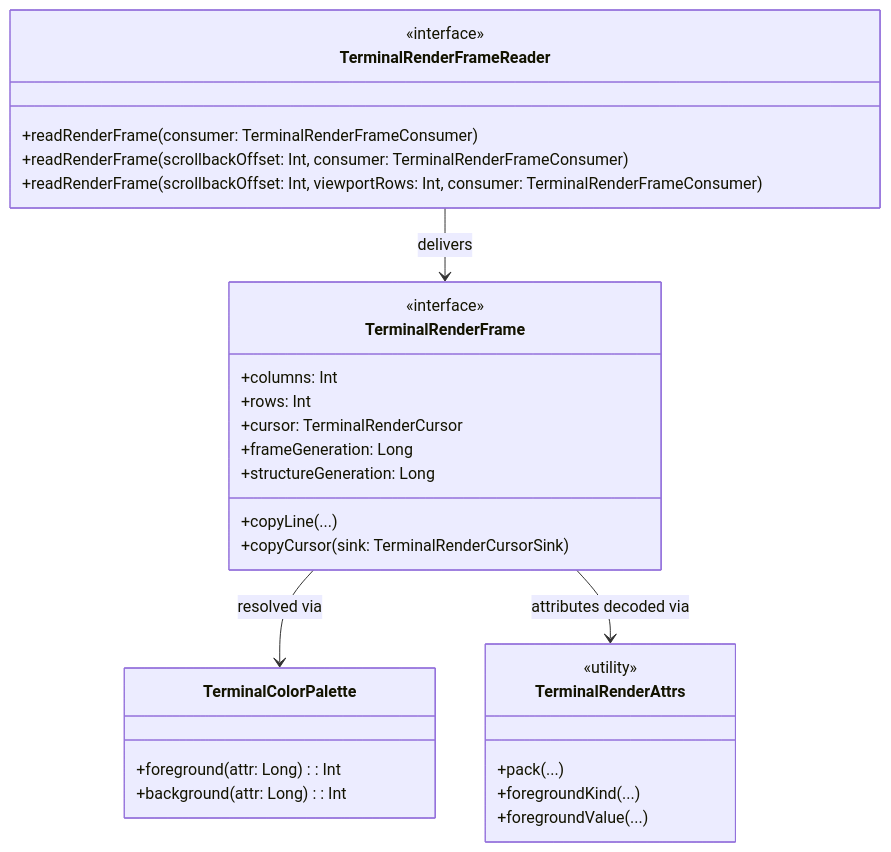
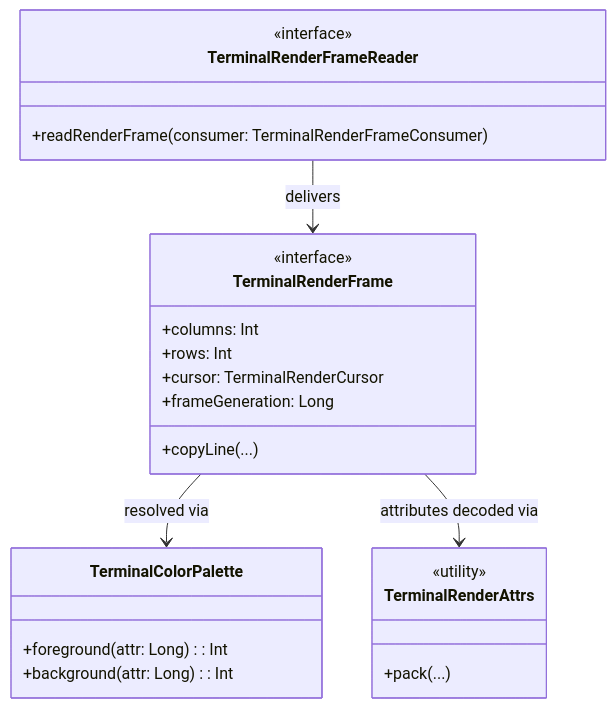
One commit to ketraterm/KetraTerm changed the diagram in jvterm-render-api/README.md. Above: the diagram before and after it, drawn with Mermaid. The commit also changed other lines of this file and 29 other files, not shown here.

````diff
--- a/jvterm-render-api/README.md
+++ b/jvterm-render-api/README.md
@@ -16,34 +16,28 @@
 ```mermaid
 classDiagram
     direction TB
     class TerminalRenderFrameReader {
         <<interface>>
         +readRenderFrame(consumer: TerminalRenderFrameConsumer)
-        +readRenderFrame(scrollbackOffset: Int, consumer: TerminalRenderFrameConsumer)
-        +readRenderFrame(scrollbackOffset: Int, viewportRows: Int, consumer: TerminalRenderFrameConsumer)
     }
     class TerminalRenderFrame {
         <<interface>>
         +columns: Int
         +rows: Int
         +cursor: TerminalRenderCursor
         +frameGeneration: Long
-        +structureGeneration: Long
         +copyLine(...)
-        +copyCursor(sink: TerminalRenderCursorSink)
     }
     class TerminalColorPalette {
         +foreground(attr: Long): Int
         +background(attr: Long): Int
     }
     class TerminalRenderAttrs {
         <<utility>>
         +pack(...)
-        +foregroundKind(...)
-        +foregroundValue(...)
     }
 
     TerminalRenderFrameReader --> TerminalRenderFrame : delivers
     TerminalRenderFrame --> TerminalColorPalette : resolved via
     TerminalRenderFrame --> TerminalRenderAttrs : attributes decoded via
 ```
````
